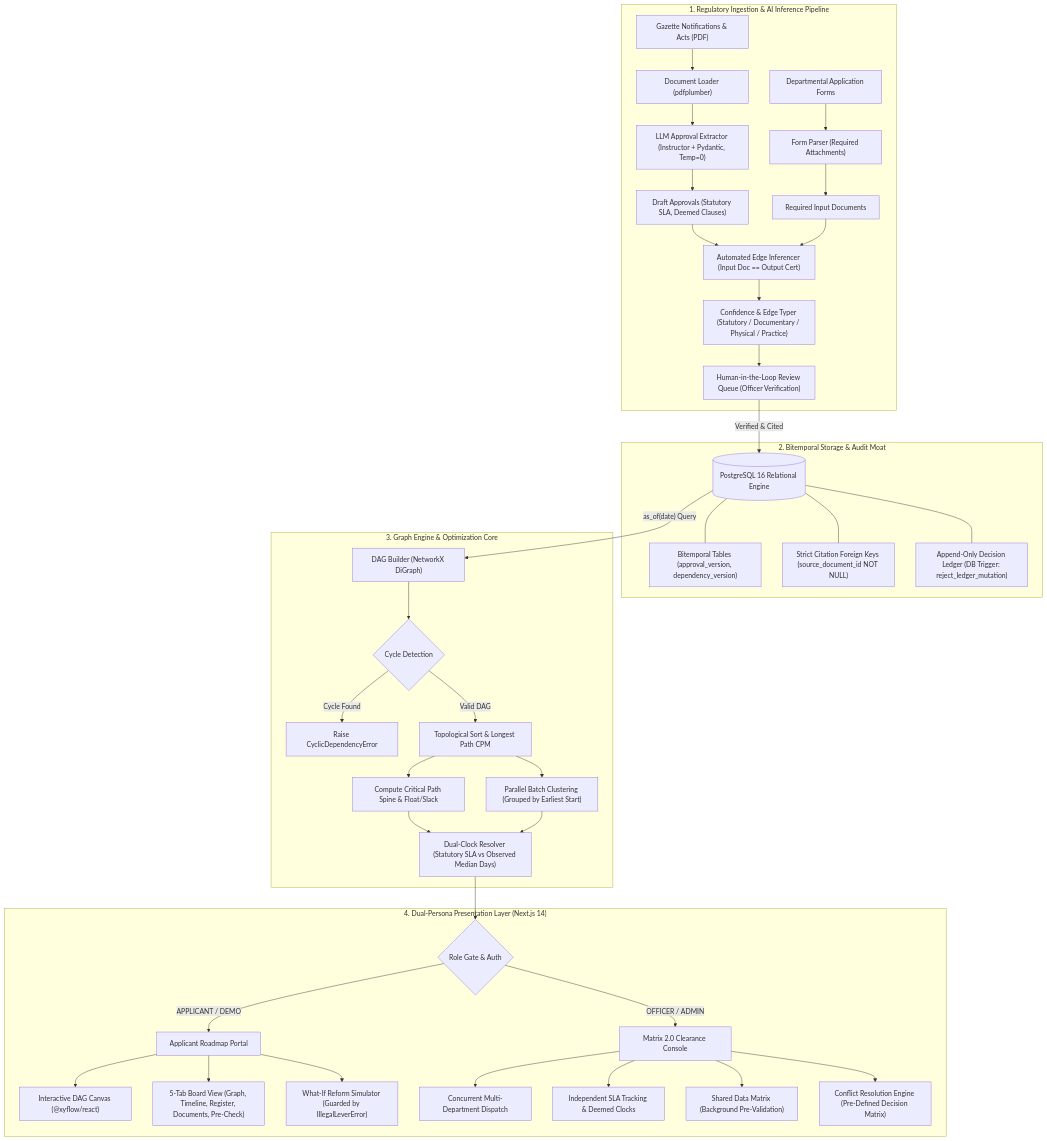
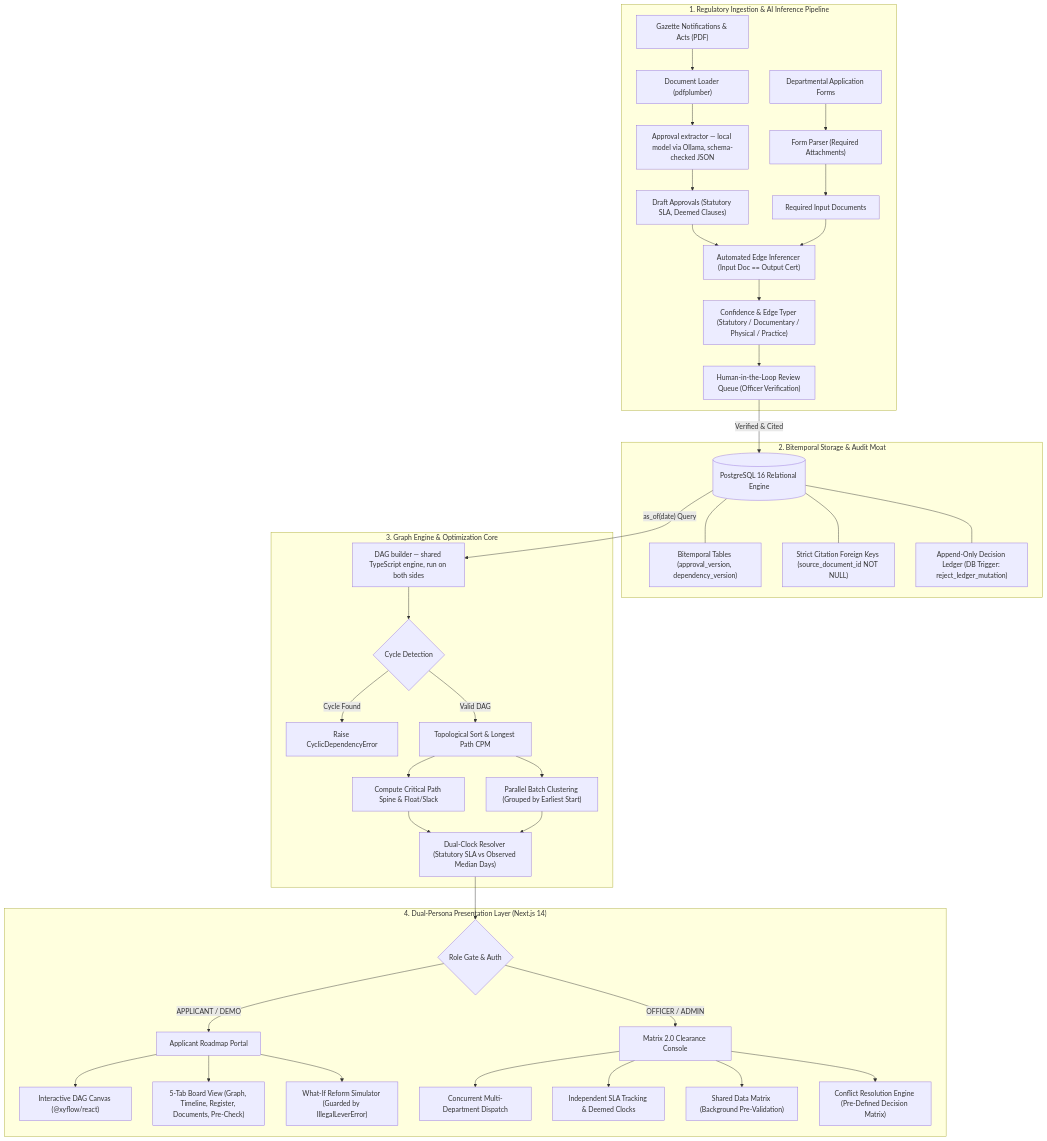
Before and after one commit to shubham54191/ANUMATI: the first of 2 diagrams in README.md, drawn with Mermaid. The commit also changed other lines of this file and 35 other files, not shown here.

````diff
--- a/README.md
+++ b/README.md
@@ -314,45 +427,45 @@
 ```mermaid
 flowchart TD
     subgraph INGESTION["1. Regulatory Ingestion & AI Inference Pipeline"]
         A1["Gazette Notifications & Acts (PDF)"] --> B1["Document Loader (pdfplumber)"]
         A2["Departmental Application Forms"] --> B2["Form Parser (Required Attachments)"]
-        B1 --> C1["LLM Approval Extractor (Instructor + Pydantic, Temp=0)"]
+        B1 --> C1["Approval extractor — local model via Ollama, schema-checked JSON"]
         C1 --> D1["Draft Approvals (Statutory SLA, Deemed Clauses)"]
         B2 --> D2["Required Input Documents"]
         D1 & D2 --> E1["Automated Edge Inferencer (Input Doc == Output Cert)"]
         E1 --> E2["Confidence & Edge Typer (Statutory / Documentary / Physical / Practice)"]
         E2 --> F1["Human-in-the-Loop Review Queue (Officer Verification)"]
     end
 
     subgraph STORAGE["2. Bitemporal Storage & Audit Moat"]
         F1 -->|"Verified & Cited"| G1[("PostgreSQL 16 Relational Engine")]
         G1 --- H1["Bitemporal Tables (approval_version, dependency_version)"]
         G1 --- H2["Strict Citation Foreign Keys (source_document_id NOT NULL)"]
         G1 --- H3["Append-Only Decision Ledger (DB Trigger: reject_ledger_mutation)"]
     end
 
     subgraph COMPUTE["3. Graph Engine & Optimization Core"]
-        G1 -->|"as_of(date) Query"| I1["DAG Builder (NetworkX DiGraph)"]
+        G1 -->|"as_of(date) Query"| I1["DAG builder — shared TypeScript engine, run on both sides"]
         I1 --> I2{"Cycle Detection"}
         I2 -->|"Cycle Found"| ERR["Raise CyclicDependencyError"]
         I2 -->|"Valid DAG"| I3["Topological Sort & Longest Path CPM"]
         I3 --> I4["Compute Critical Path Spine & Float/Slack"]
         I3 --> I5["Parallel Batch Clustering (Grouped by Earliest Start)"]
         I4 & I5 --> I6["Dual-Clock Resolver (Statutory SLA vs Observed Median Days)"]
     end
 
     subgraph PRESENTATION["4. Dual-Persona Presentation Layer (Next.js 14)"]
         I6 --> J1{"Role Gate & Auth"}
         J1 -->|"APPLICANT / DEMO"| K1["Applicant Roadmap Portal"]
         J1 -->|"OFFICER / ADMIN"| K2["Matrix 2.0 Clearance Console"]
         
         K1 --> L1["Interactive DAG Canvas (@xyflow/react)"]
         K1 --> L2["5-Tab Board View (Graph, Timeline, Register, Documents, Pre-Check)"]
         K1 --> L3["What-If Reform Simulator (Guarded by IllegalLeverError)"]
         
         K2 --> M1["Concurrent Multi-Department Dispatch"]
         K2 --> M2["Independent SLA Tracking & Deemed Clocks"]
         K2 --> M3["Shared Data Matrix (Background Pre-Validation)"]
         K2 --> M4["Conflict Resolution Engine (Pre-Defined Decision Matrix)"]
     end
 ```
````
